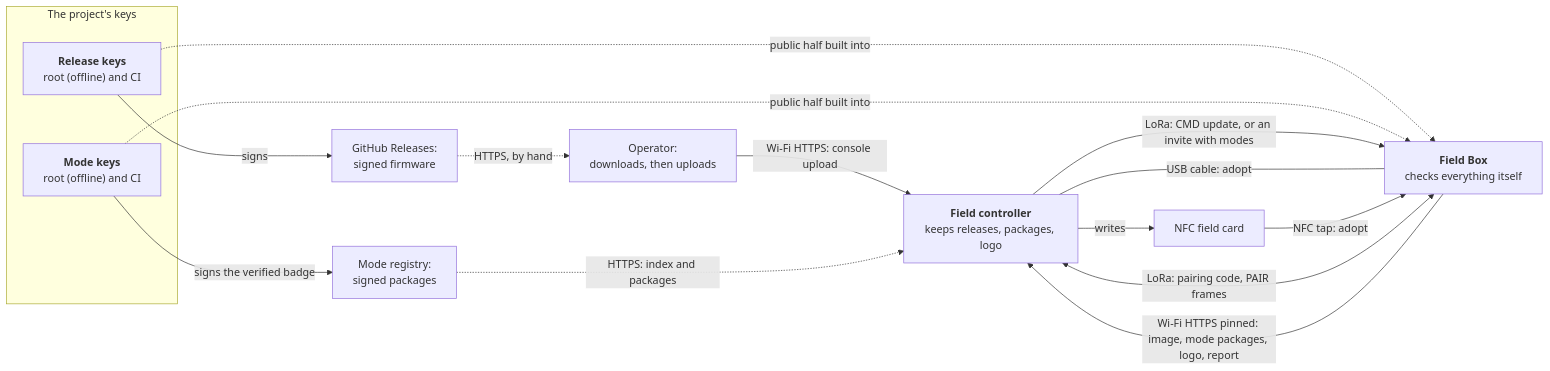
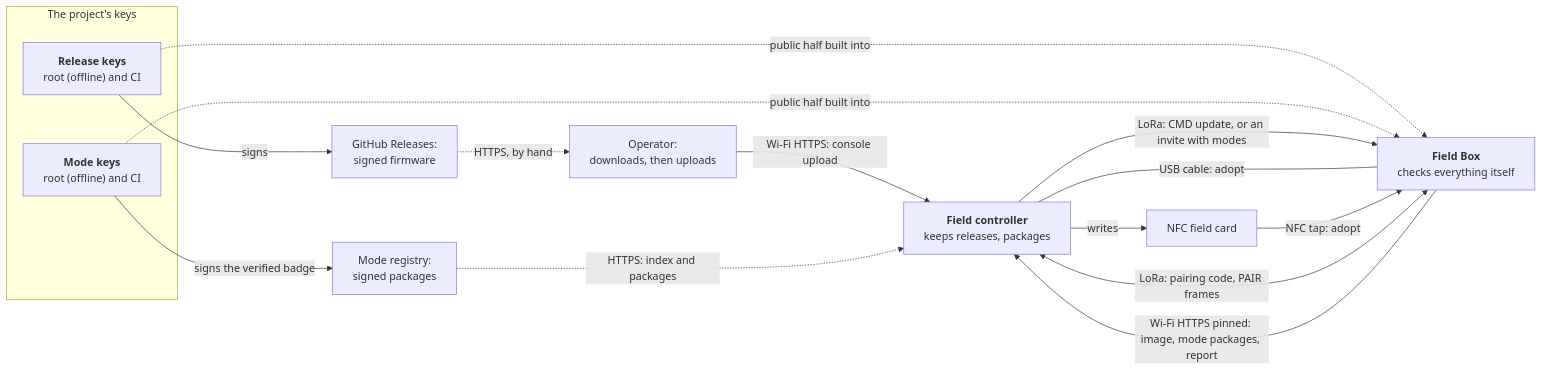
The sixth of 7 diagrams in docs/architecture.md (vakaobr/atalaia-project), drawn with Mermaid before and after one commit. The commit also changed other lines of this file and 73 other files, not shown here.

First line of the commit message:
Field Box: no logo fetch, a replaceable boot splash asset, RAM budget check and docs

````diff
--- a/docs/architecture.md
+++ b/docs/architecture.md
@@ -371,30 +371,30 @@
 ```mermaid
 flowchart LR
     subgraph keys["The project's keys"]
         rk["`**Release keys**
 root (offline) and CI`"]
         mk["`**Mode keys**
 root (offline) and CI`"]
     end
     gh["GitHub Releases:<br/>signed firmware"]
     reg["Mode registry:<br/>signed packages"]
     op["Operator:<br/>downloads, then uploads"]
     ctrl["`**Field controller**
-keeps releases, packages, logo`"]
+keeps releases, packages`"]
     box["`**Field Box**
 checks everything itself`"]
     card["NFC field card"]
     rk -->|"signs"| gh
     mk -->|"signs the verified badge"| reg
     rk -.->|"public half built into"| box
     mk -.->|"public half built into"| box
     gh -.->|"HTTPS, by hand"| op
     op -->|"Wi-Fi HTTPS: console upload"| ctrl
     reg -.->|"HTTPS: index and packages"| ctrl
     ctrl -->|"LoRa: CMD update, or an invite with modes"| box
-    box -->|"Wi-Fi HTTPS pinned: image, mode packages, logo, report"| ctrl
+    box -->|"Wi-Fi HTTPS pinned: image, mode packages, report"| ctrl
     ctrl ---|"USB cable: adopt"| box
     ctrl -->|"writes"| card
     card -->|"NFC tap: adopt"| box
     ctrl <-->|"LoRa: pairing code, PAIR frames"| box
 ```
````
